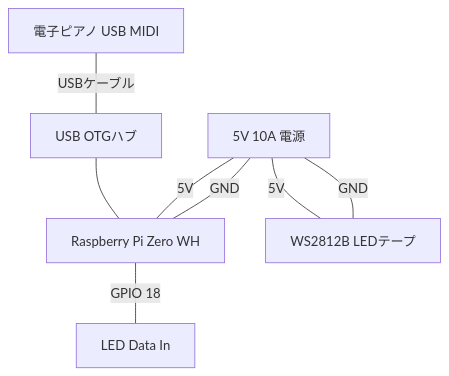
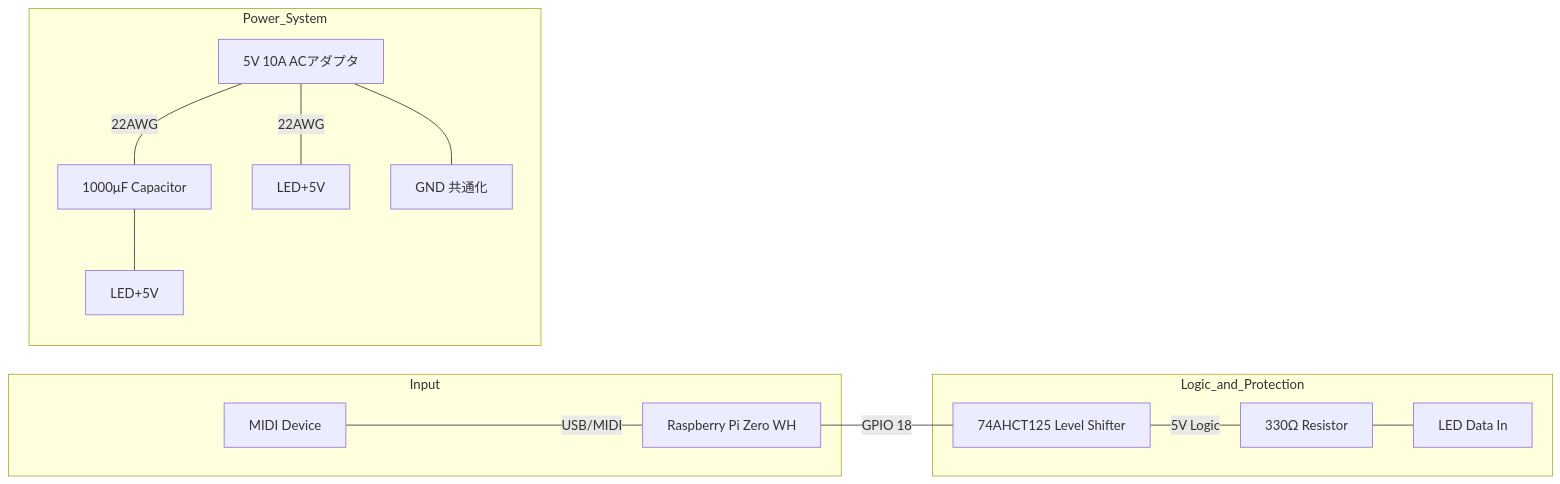
Before and after one commit to mono0926/electronics: the diagram in piano-led-visualizer/hardware/wiring.md, drawn with Mermaid. The commit also changed other lines of this file and 2 other files, not shown here.

Commit message:
docs: 配線図、要件、およびセットアップガイドのドキュメントを更新

````diff
--- a/piano-led-visualizer/hardware/wiring.md
+++ b/piano-led-visualizer/hardware/wiring.md
@@ -7,12 +7,19 @@
 ```mermaid
-graph TD
-    Piano[電子ピアノ USB MIDI] -- USBケーブル --- Hub[USB OTGハブ]
-    Hub --- Pi[Raspberry Pi Zero WH]
+graph LR
+    subgraph Input
+        Piano[MIDI Device] -- USB/MIDI --- Pi[Raspberry Pi Zero WH]
+    end
 
-    PSU[5V 10A 電源] -- 5V --- LED[WS2812B LEDテープ]
-    PSU -- GND --- LED
-    PSU -- 5V --- Pi
-    PSU -- GND --- Pi
+    subgraph Logic_and_Protection
+        Pi -- GPIO 18 --- Shifter[74AHCT125 Level Shifter]
+        Shifter -- 5V Logic --- Res[330Ω Resistor]
+        Res --- LED_Din[LED Data In]
+    end
 
-    Pi -- GPIO 18 --- LED_Din[LED Data In]
+    subgraph Power_System
+        PSU[5V 10A ACアダプタ] -- 22AWG --- Cap[1000μF Capacitor]
+        Cap --- LED_Start[LED+5V]
+        PSU -- 22AWG --- LED_End[LED+5V]
+        PSU --- GND_Common[GND 共通化]
+    end
 ```
````
